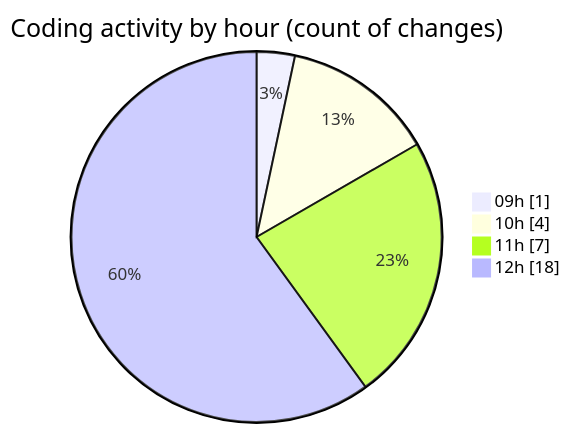
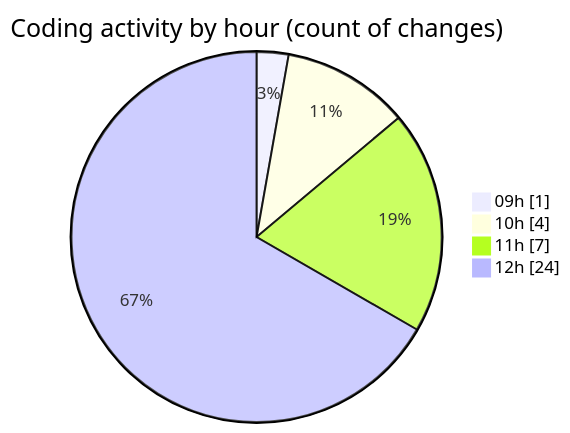
One commit to momahboobian/code-tracking changed the second of 2 diagrams in 2025-04-07/cda/README.md. Above: the diagram before and after it, drawn with Mermaid. The commit also changed other lines of this file and 1 other file, not shown here.

````diff
--- a/2025-04-07/cda/README.md
+++ b/2025-04-07/cda/README.md
@@ -33,8 +33,8 @@
 ```mermaid
 pie showData
 title Coding activity by hour (count of changes)
 "09h" : 1
 "10h" : 4
 "11h" : 7
-"12h" : 18
+"12h" : 24
 ```
````
